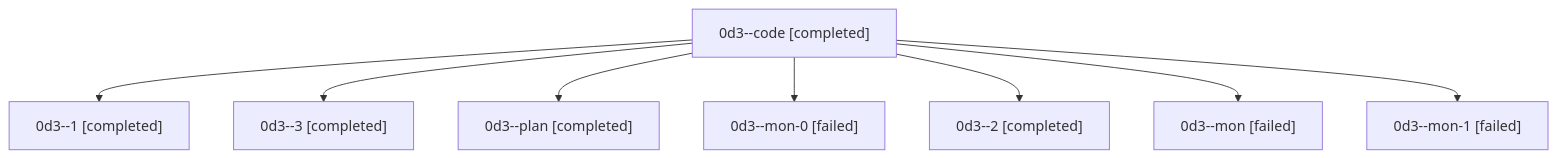
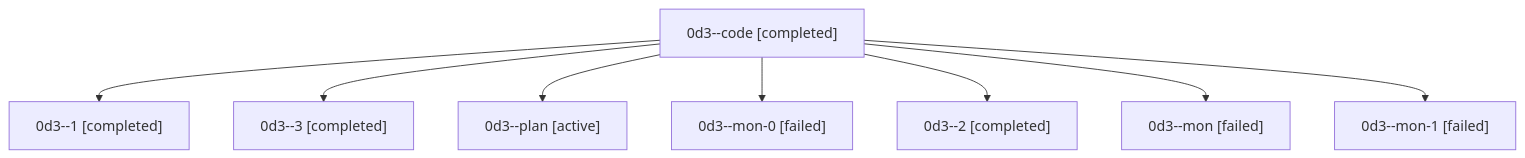
The diagram in families/bbugyi200.athena.0d3.md (sase-org/sase--agents), drawn with Mermaid before and after one commit. The commit also changed other lines of this file and 35830 other files, not shown here.

````diff
--- a/families/bbugyi200.athena.0d3.md
+++ b/families/bbugyi200.athena.0d3.md
@@ -9,18 +9,18 @@
 ```mermaid
 flowchart TD
   n0["0d3--code [completed]"]
   n1["0d3--1 [completed]"]
   n0 --> n1
   n2["0d3--3 [completed]"]
   n0 --> n2
-  n3["0d3--plan [completed]"]
+  n3["0d3--plan [active]"]
   n0 --> n3
   n4["0d3--mon-0 [failed]"]
   n0 --> n4
   n5["0d3--2 [completed]"]
   n0 --> n5
   n6["0d3--mon [failed]"]
   n0 --> n6
   n7["0d3--mon-1 [failed]"]
   n0 --> n7
 ```
````
